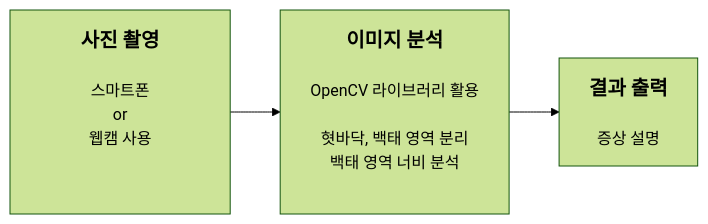
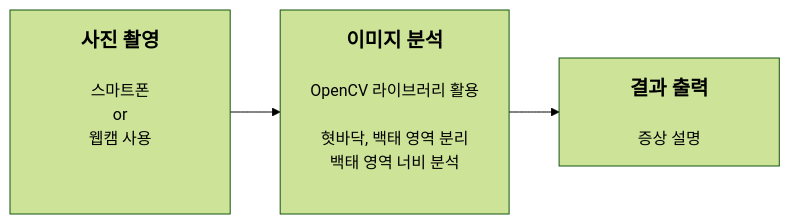
Before and after one commit to 201710808/-p: the diagram in Readme.md, drawn with Mermaid (forest theme).

````diff
--- a/Readme.md
+++ b/Readme.md
@@ -3,5 +3,5 @@
 ```mermaid
 graph LR
 A[<b><span style='font-size:20px'>  사진 촬영  </span></b><br><br>스마트폰\nor\n웹캠 사용<br><br><br>]-->B[<b><span style='font-size:20px'>이미지 분석</span></b><br><br>OpenCV 라이브러리 활용<br><br>혓바닥, 백태 영역 분리<br>백태 영역 너비 분석<br><br>]
-B-->C[<b><span style='font-size:20px'>결과 출력</span></b><br><br>증상 설명]
+B-->C[<b><span style='font-size:20px'>  결과 출력  </span></b><br><br>증상 설명]
 ```
````
